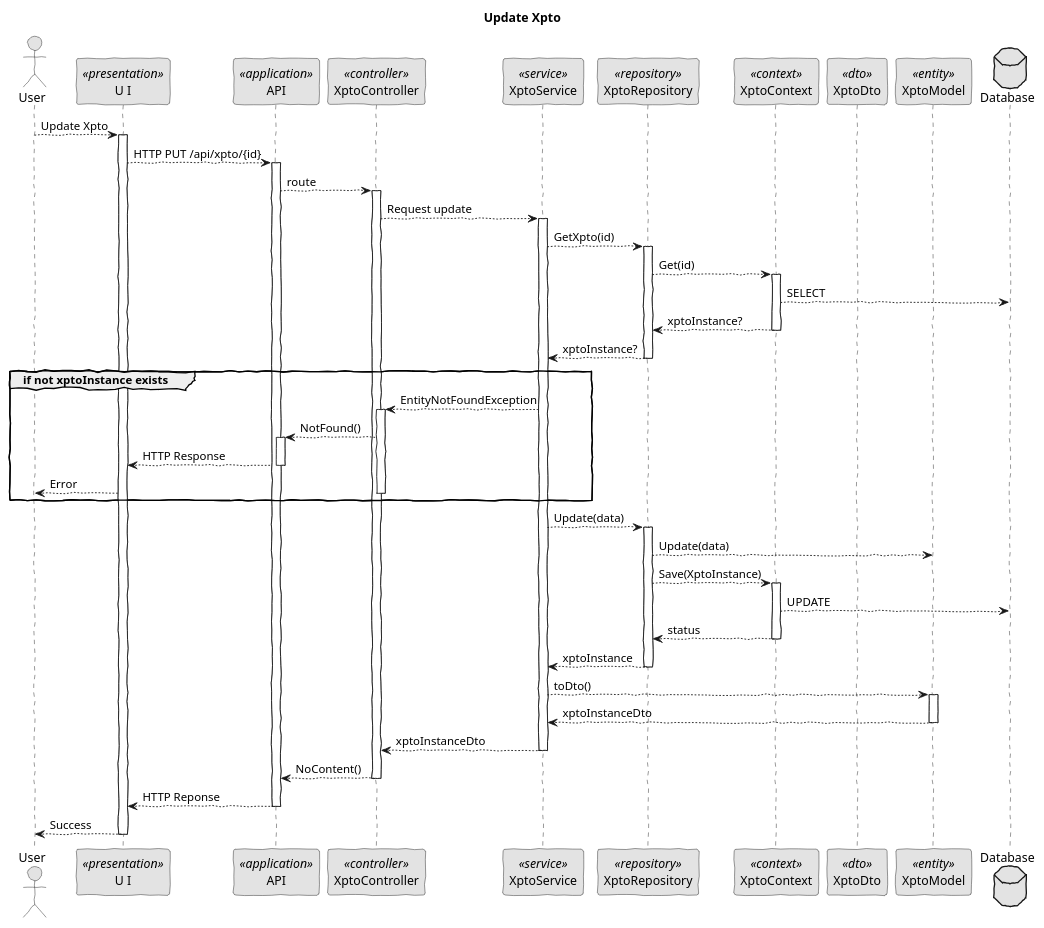
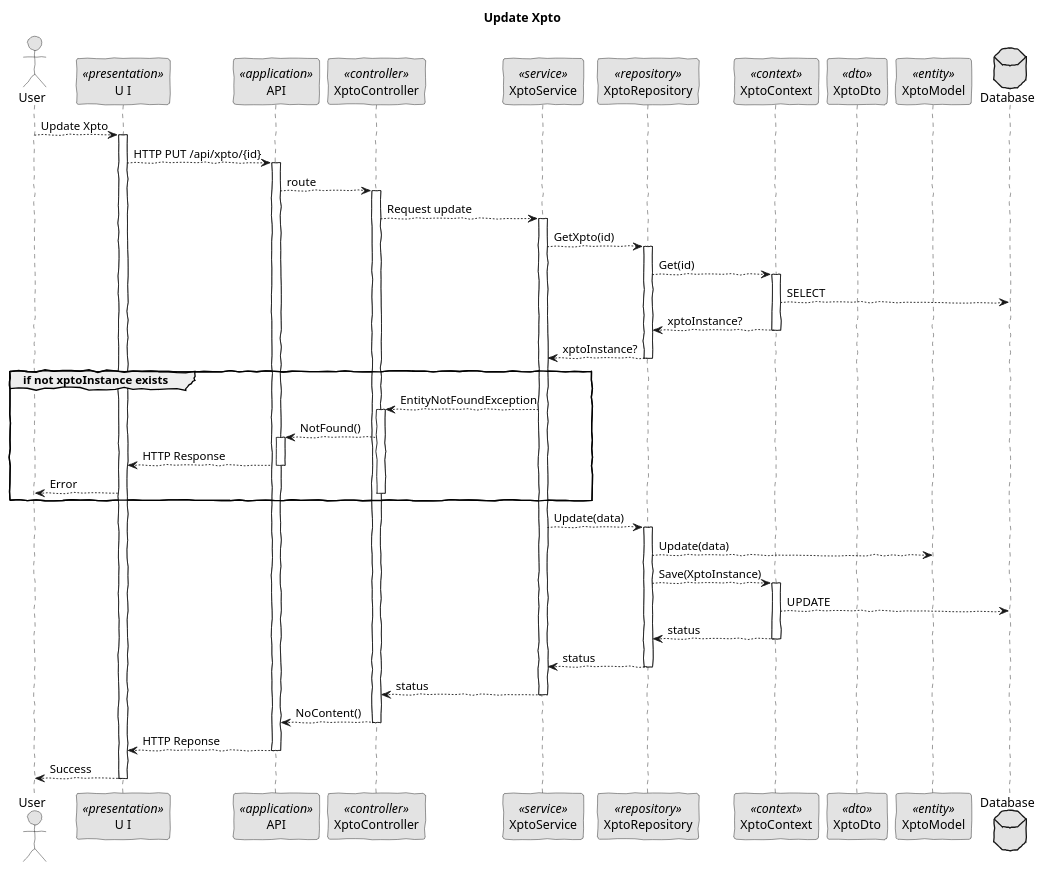
The diagram in docs/sprint_1/global_artifacts/arquitecture/level_4/process_views/l4_process_view_put.puml (BernasDzn/portit), drawn with PlantUML before and after one commit. The commit also changed 27 other files, not shown here.

```diff
--- a/docs/sprint_1/global_artifacts/arquitecture/level_4/process_views/l4_process_view_put.puml
+++ b/docs/sprint_1/global_artifacts/arquitecture/level_4/process_views/l4_process_view_put.puml
@@ -1,89 +1,84 @@
 @startuml sequence_diagram_put
 skinparam handwritten true
 skinparam monochrome true
 skinparam packageStyle rect
 skinparam defaultFontName FG Virgil
 skinparam shadowing false
 
 actor User as Actor
 participant "U I" as UI <<presentation>>
 participant API as API <<application>>
 participant XptoController as Controller <<controller>>
 participant XptoService as Service <<service>>
 participant XptoRepository as Repository <<repository>>
 participant XptoContext as Context <<context>>
 participant XptoDto as Dto <<dto>>
 participant XptoModel as Model <<entity>>
 database Database
 
 title Update Xpto
 
 Actor --> UI: Update Xpto
 activate UI
 
     UI --> API: HTTP PUT /api/xpto/{id}
 
     activate API
 
         API --> Controller: route
         activate Controller
 
             Controller --> Service: Request update
             activate Service
 
                 Service --> Repository: GetXpto(id)
                 activate Repository
                 
                     Repository --> Context: Get(id)
 
                     activate Context
                         Context --> Database: SELECT
                         Context --> Repository: xptoInstance?
                     deactivate Context
 
                     Repository --> Service: xptoInstance?
                 deactivate Repository
 
                 group if not xptoInstance exists
                     Service --> Controller: EntityNotFoundException 
                     activate Controller
                         Controller --> API: NotFound()
                         activate API
                             API --> UI: HTTP Response
                         deactivate API
                         UI --> Actor: Error
                     deactivate Controller
                 end
 
                 Service --> Repository: Update(data)
                 activate Repository
                 
                     Repository --> Model: Update(data)
                     Repository --> Context: Save(XptoInstance)
 
                     activate Context
                         Context --> Database: UPDATE
                         Context --> Repository: status
                     deactivate Context
 
-                    Repository --> Service: xptoInstance
+                    Repository --> Service: status
                 deactivate Repository
 
-                Service --> Model: toDto()
-                activate Model
-                    Model --> Service: xptoInstanceDto
-                deactivate Model
-
-                Service --> Controller: xptoInstanceDto
+                Service --> Controller: status
             deactivate Service
 
             Controller --> API: NoContent()
         deactivate Controller
 
         API --> UI: HTTP Reponse
     deactivate API
 
 UI --> Actor: Success
 deactivate UI
             
 @enduml
```
